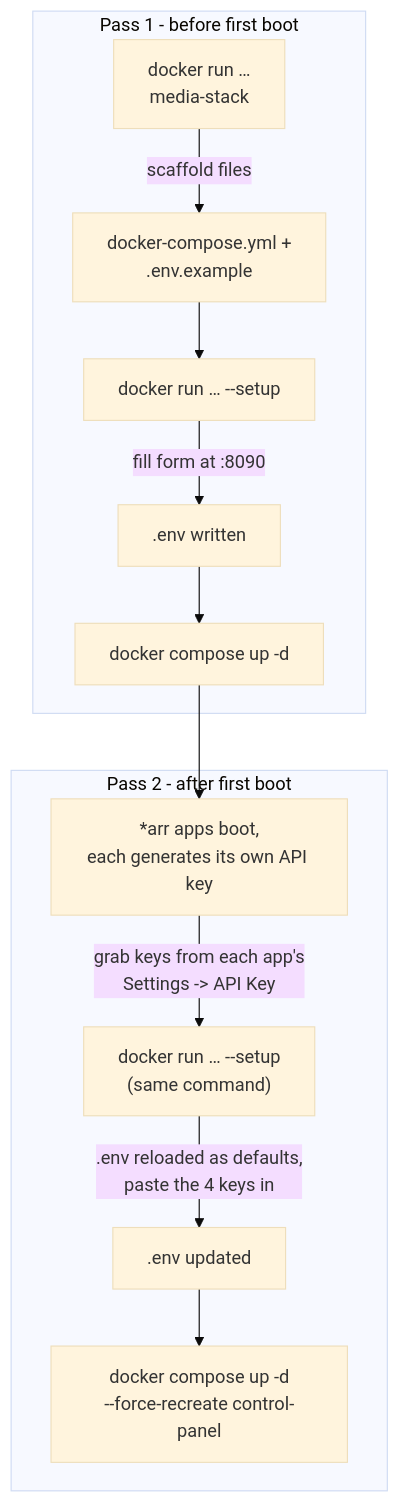
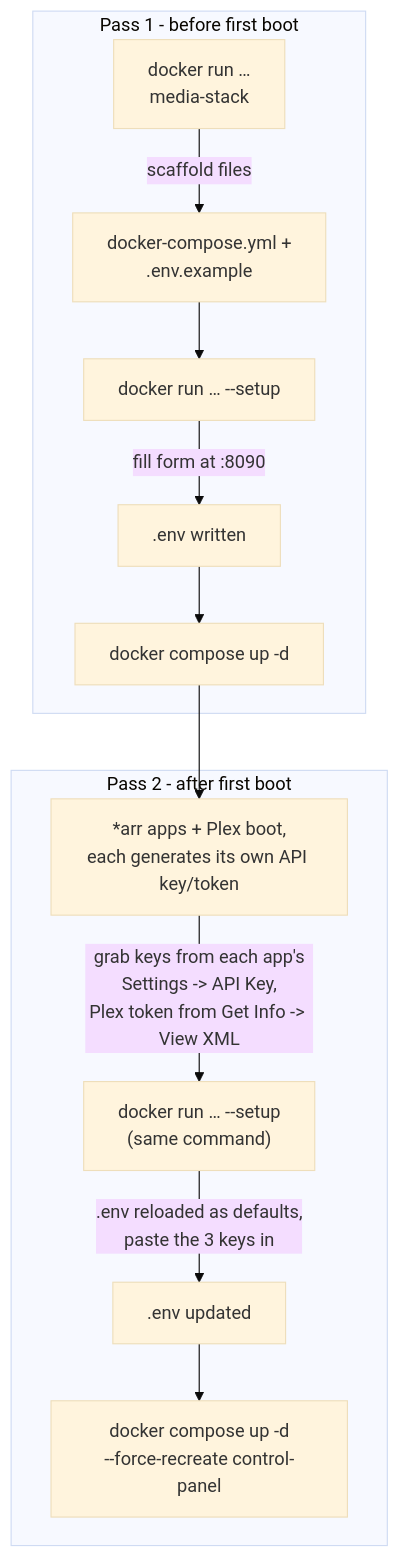
Before and after one commit to WhispersOfJ/media-stack: the diagram in README.md, drawn with Mermaid (base theme). The commit also changed other lines of this file and 1 other file, not shown here.

````diff
--- a/README.md
+++ b/README.md
@@ -76,15 +147,15 @@
 ```mermaid
 flowchart TD
     subgraph Pass1["Pass 1 - before first boot"]
         A["docker run …\nmedia-stack"] -->|scaffold files| B["docker-compose.yml +\n.env.example"]
         B --> C1["docker run … --setup"]
         C1 -->|fill form at :8090| D1[".env written"]
         D1 --> E["docker compose up -d"]
     end
-    E --> F["*arr apps boot,\neach generates its own API key"]
+    E --> F["*arr apps + Plex boot,\neach generates its own API key/token"]
     subgraph Pass2["Pass 2 - after first boot"]
-        F -->|"grab keys from each app's\nSettings -> API Key"| C2["docker run … --setup\n(same command)"]
-        C2 -->|".env reloaded as defaults,\npaste the 4 keys in"| D2[".env updated"]
+        F -->|"grab keys from each app's\nSettings -> API Key,\nPlex token from Get Info -> View XML"| C2["docker run … --setup\n(same command)"]
+        C2 -->|".env reloaded as defaults,\npaste the 3 keys in"| D2[".env updated"]
         D2 --> G["docker compose up -d\n--force-recreate control-panel"]
     end
 ```
````
